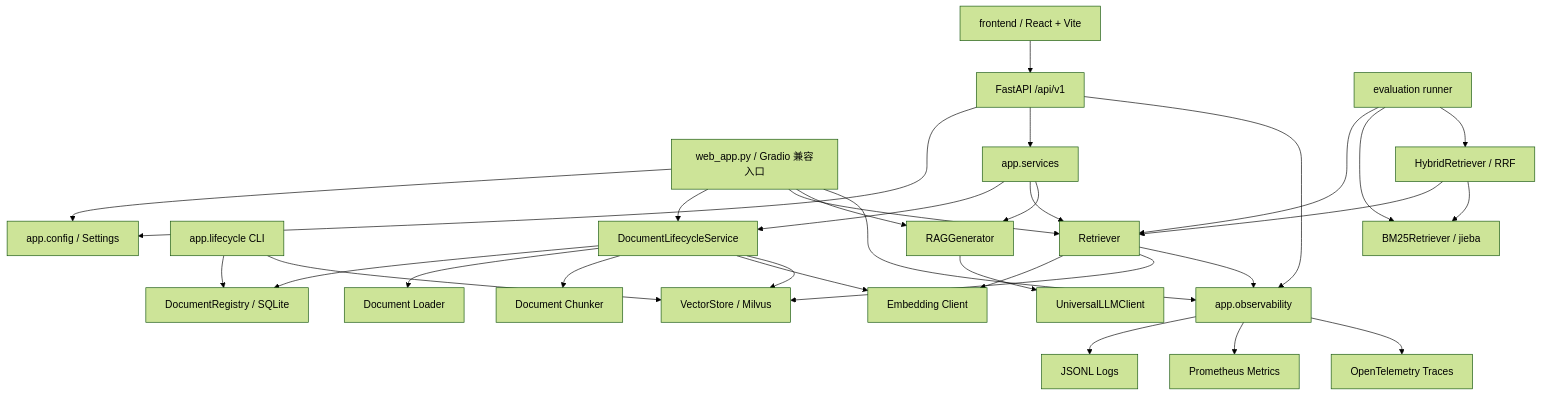
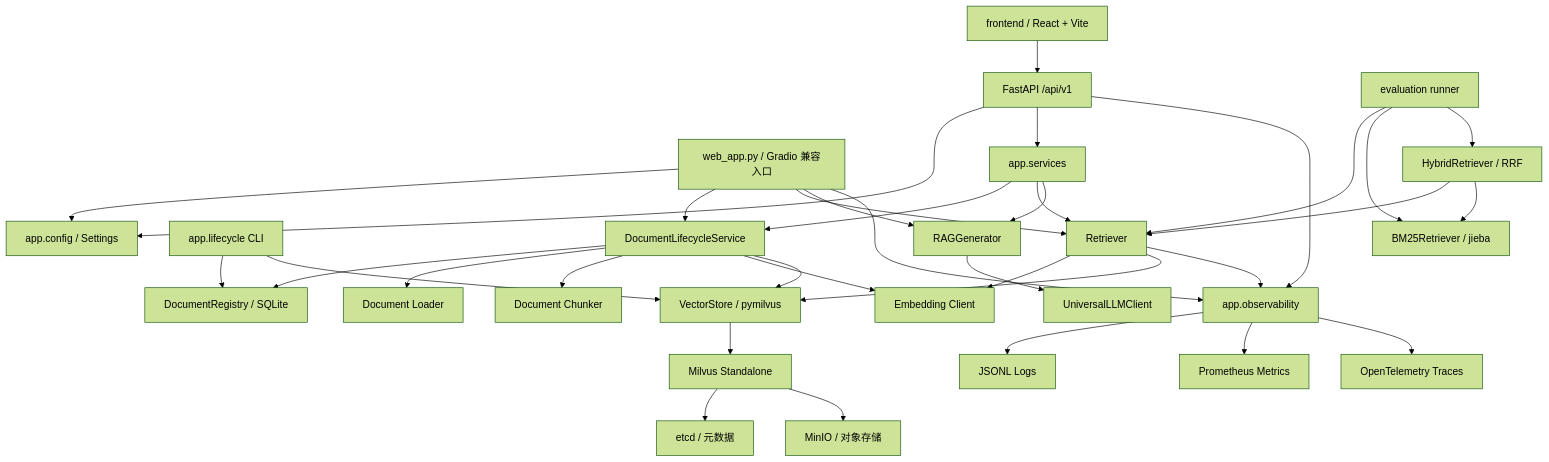
The diagram in ARCHITECTURE.md (Zhou-Jin-Feng/DocuMind), drawn with Mermaid (forest theme) before and after one commit. The commit also changed other lines of this file and 8 other files, not shown here.

````diff
--- a/ARCHITECTURE.md
+++ b/ARCHITECTURE.md
@@ -5,34 +5,37 @@
 ```mermaid
 flowchart TD
     GRADIO["web_app.py / Gradio 兼容入口"] --> CFG["app.config / Settings"]
     FRONTEND["frontend / React + Vite"] --> API["FastAPI /api/v1"]
     API --> CFG
     API --> SERVICE["app.services"]
     CLI["app.lifecycle CLI"] --> REG["DocumentRegistry / SQLite"]
     CLI --> VS
     GRADIO --> LC["DocumentLifecycleService"]
     SERVICE --> LC
     LC --> REG
     LC --> LOAD["Document Loader"]
     LC --> CHUNK["Document Chunker"]
     LC --> EMB["Embedding Client"]
-    LC --> VS["VectorStore / Milvus"]
+    LC --> VS["VectorStore / pymilvus"]
+    VS --> MILVUS["Milvus Standalone"]
+    MILVUS --> ETCD["etcd / 元数据"]
+    MILVUS --> MINIO["MinIO / 对象存储"]
     GRADIO --> RET["Retriever"]
     SERVICE --> RET
     RET --> EMB
     RET --> VS
     EVAL["evaluation runner"] --> RET
     EVAL --> LEX["BM25Retriever / jieba"]
     EVAL --> HYB["HybridRetriever / RRF"]
     HYB --> RET
     HYB --> LEX
     GRADIO --> GEN["RAGGenerator"]
     SERVICE --> GEN
     GEN --> LLM["UniversalLLMClient"]
     API --> OBS["app.observability"]
     GRADIO --> OBS
     RET --> OBS
     OBS --> LOG["JSONL Logs"]
     OBS --> MET["Prometheus Metrics"]
     OBS --> TRACE["OpenTelemetry Traces"]
 ```
````
